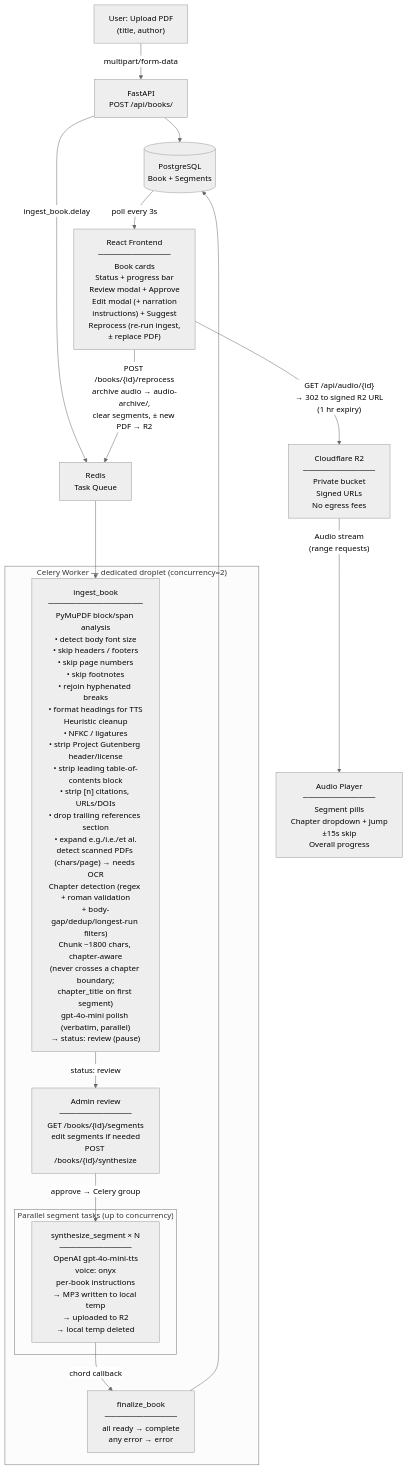
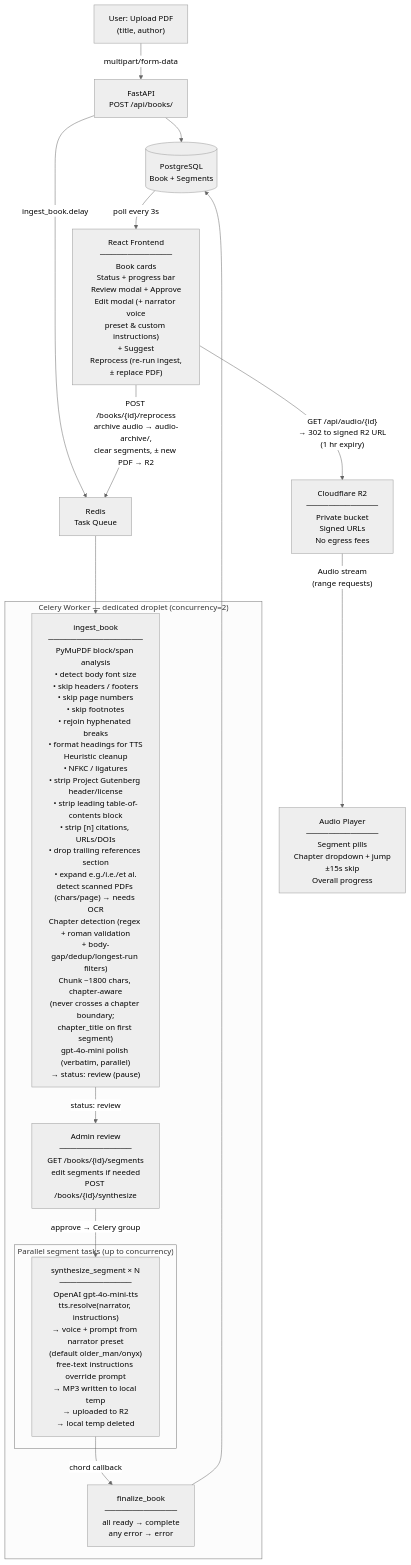
The diagram in PIPELINE.md (antispiraldev/AudioBookLib), drawn with Mermaid (neutral theme) before and after one commit. The commit also changed other lines of this file and 9 other files, not shown here.

````diff
--- a/PIPELINE.md
+++ b/PIPELINE.md
@@ -3,37 +3,37 @@
 ```mermaid
 flowchart TD
     Upload["User: Upload PDF\n(title, author)"]
     API["FastAPI\nPOST /api/books/"]
     DB[("PostgreSQL\nBook + Segments")]
     Queue["Redis\nTask Queue"]
 
     Upload -->|multipart/form-data| API
     API --> DB
     API -->|ingest_book.delay| Queue
 
     Queue --> Ingest
 
     subgraph Worker ["Celery Worker — dedicated droplet (concurrency=2)"]
         Ingest["ingest_book\n─────────────────\nPyMuPDF block/span analysis\n• detect body font size\n• skip headers / footers\n• skip page numbers\n• skip footnotes\n• rejoin hyphenated breaks\n• format headings for TTS\nHeuristic cleanup\n• NFKC / ligatures\n• strip Project Gutenberg header/license\n• strip leading table-of-contents block\n• strip [n] citations, URLs/DOIs\n• drop trailing references section\n• expand e.g./i.e./et al.\ndetect scanned PDFs (chars/page) → needs OCR\nChapter detection (regex + roman validation\n+ body-gap/dedup/longest-run filters)\nChunk ~1800 chars, chapter-aware\n(never crosses a chapter boundary;\nchapter_title on first segment)\ngpt-4o-mini polish (verbatim, parallel)\n→ status: review (pause)"]
 
         Review["Admin review\n─────────────\nGET /books/{id}/segments\nedit segments if needed\nPOST /books/{id}/synthesize"]
         Ingest -->|"status: review"| Review
         Review -->|"approve → Celery group"| Synth
 
         subgraph Parallel ["Parallel segment tasks (up to concurrency)"]
-            Synth["synthesize_segment × N\n─────────────\nOpenAI gpt-4o-mini-tts\nvoice: onyx\nper-book instructions\n→ MP3 written to local temp\n→ uploaded to R2\n→ local temp deleted"]
+            Synth["synthesize_segment × N\n─────────────\nOpenAI gpt-4o-mini-tts\ntts.resolve(narrator, instructions)\n→ voice + prompt from narrator preset\n(default older_man/onyx)\nfree-text instructions override prompt\n→ MP3 written to local temp\n→ uploaded to R2\n→ local temp deleted"]
         end
 
         Synth -->|"chord callback"| Finalize
         Finalize["finalize_book\n─────────────\nall ready → complete\nany error  → error"]
     end
 
     Finalize --> DB
 
     DB -->|"poll every 3s"| Frontend
-    Frontend["React Frontend\n─────────────\nBook cards\nStatus + progress bar\nReview modal + Approve\nEdit modal (+ narration\ninstructions) + Suggest\nReprocess (re-run ingest,\n± replace PDF)"]
+    Frontend["React Frontend\n─────────────\nBook cards\nStatus + progress bar\nReview modal + Approve\nEdit modal (+ narrator voice\npreset & custom instructions)\n+ Suggest\nReprocess (re-run ingest,\n± replace PDF)"]
     Frontend -->|"POST /books/{id}/reprocess\narchive audio → audio-archive/,\nclear segments, ± new PDF → R2"| Queue
     Frontend -->|"GET /api/audio/{id}\n→ 302 to signed R2 URL\n(1 hr expiry)"| R2
     R2["Cloudflare R2\n─────────────\nPrivate bucket\nSigned URLs\nNo egress fees"]
     R2 -->|"Audio stream\n(range requests)"| Player["Audio Player\n─────────────\nSegment pills\nChapter dropdown + jump\n±15s skip\nOverall progress"]
 ```
````
